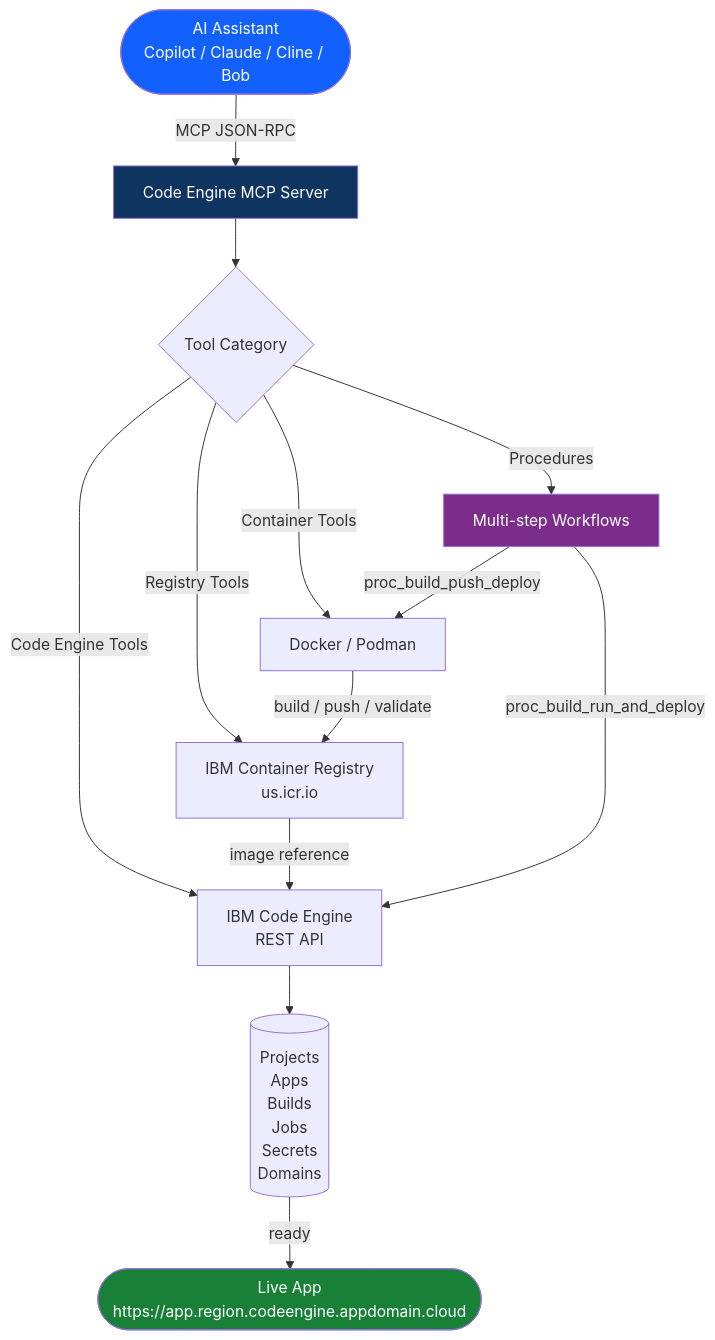
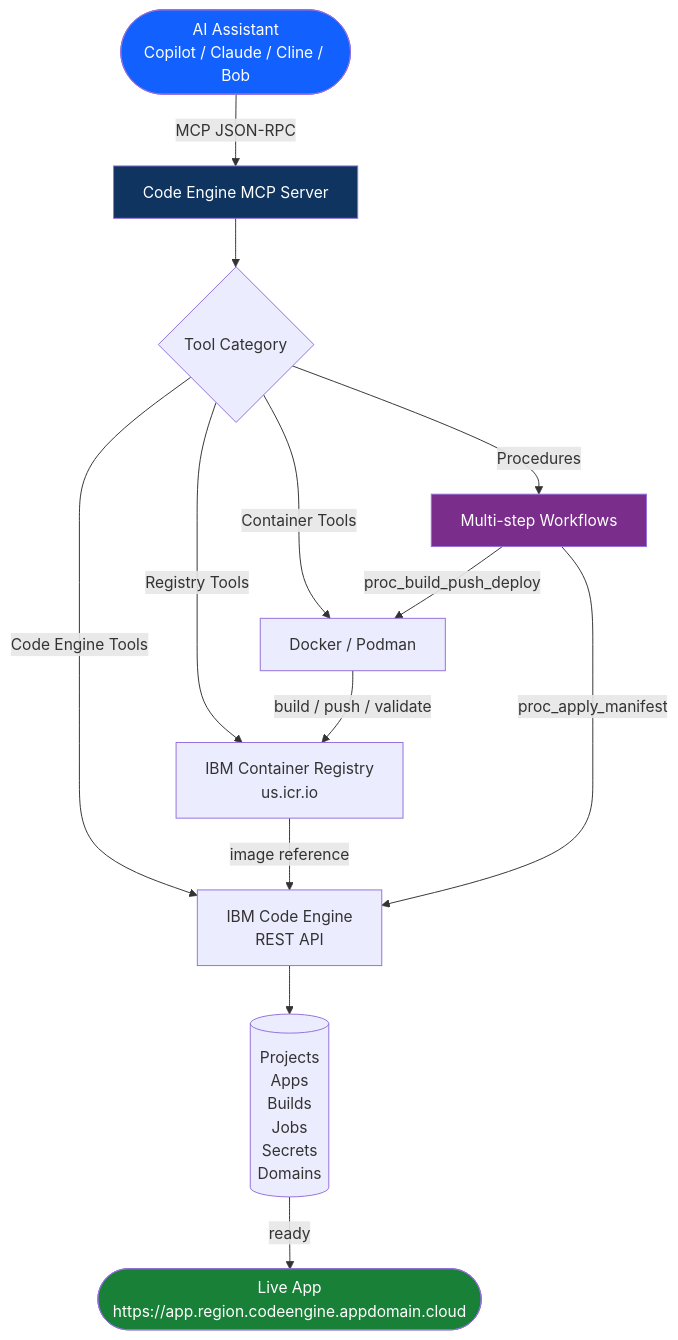
One commit to markusvankempen/code-engine-mcp-server changed the first of 2 diagrams in README.md. Above: the diagram before and after it, drawn with Mermaid. The commit also changed other lines of this file and 2 other files, not shown here.

````diff
--- a/README.md
+++ b/README.md
@@ -35,26 +35,26 @@
 ```mermaid
 flowchart TD
     A([AI Assistant\nCopilot / Claude / Cline / Bob]) -->|MCP JSON-RPC| B[Code Engine MCP Server]
 
     B --> C{Tool Category}
 
     C -->|Container Tools| D[Docker / Podman]
     C -->|Registry Tools| E[IBM Container Registry\nus.icr.io]
     C -->|Code Engine Tools| F[IBM Code Engine\nREST API]
     C -->|Procedures| G[Multi-step Workflows]
 
     D -->|build / push / validate| E
     E -->|image reference| F
 
     G -->|proc_build_push_deploy| D
-    G -->|proc_build_run_and_deploy| F
+    G -->|proc_apply_manifest| F
 
     F --> H[(Projects\nApps\nBuilds\nJobs\nSecrets\nDomains)]
 
     H -->|ready| I([Live App\nhttps://app.region.codeengine.appdomain.cloud])
 
     style A fill:#1261FE,color:#fff
     style B fill:#0f3460,color:#fff
     style G fill:#7b2d8b,color:#fff
     style I fill:#198038,color:#fff
 ```
````
